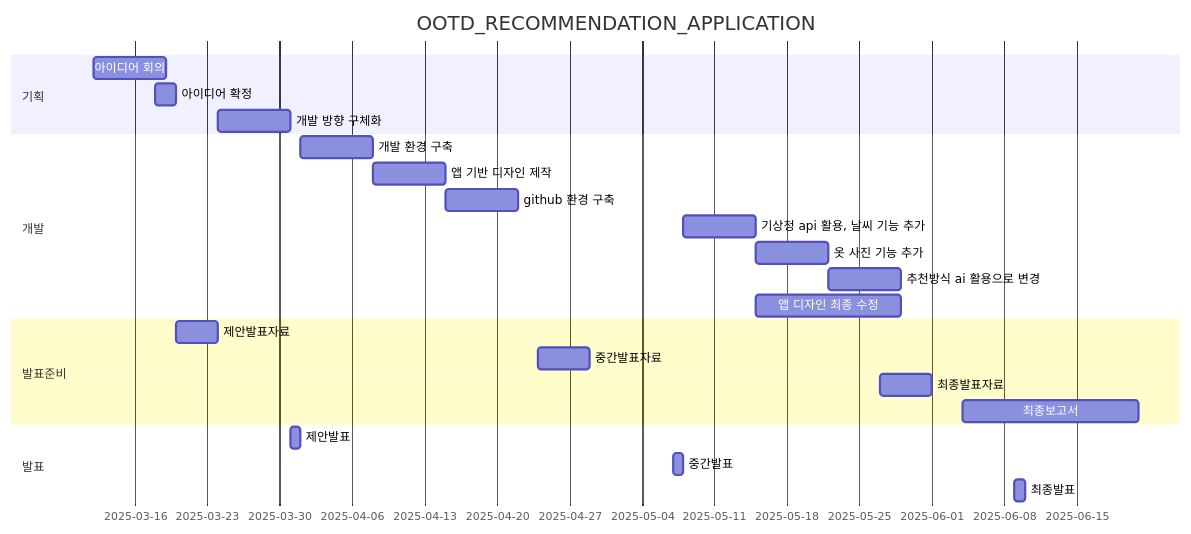
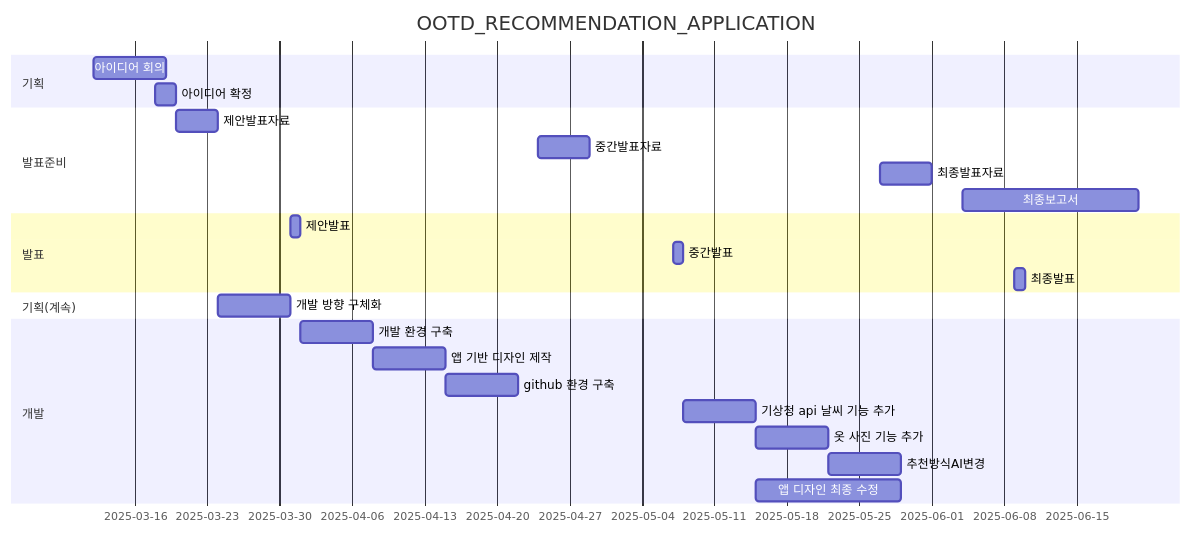
The diagram in project-plan.md (Introduction-to-Engineering-Design-13/LOR), drawn with Mermaid before and after one commit.

````diff
--- a/project-plan.md
+++ b/project-plan.md
@@ -1,33 +1,32 @@
 ```mermaid
 gantt
     title OOTD_RECOMMENDATION_APPLICATION
-
     dateFormat  YYYY-MM-DD
 
     section 기획
-    아이디어 회의      :a1, 2025-03-12, 7d
-    아이디어 확정      :a2, 2025-03-18, 2d
-    개발 방향 구체화    :a3, after d1, 7d
-    
-    section 개발
-    개발 환경 구축        :c1, after e1, 7d
-    앱 기반 디자인 제작    :c2, after c1, 7d
-    github 환경 구축       :c6,after c2,7d
-    기상청 api 활용, 날씨 기능 추가     : c3, after e2, 7d
-    옷 사진 기능 추가      :c5,after c3,7d
-    추천방식 ai 활용으로 변경        :c4 , after c5, 7d
-    앱 디자인 최종 수정     :c7, after c3,14d
-
+    아이디어 회의          :a1, 2025-03-12, 7d
+    아이디어 확정          :a2, 2025-03-18, 2d
 
     section 발표준비
-    제안발표자료        :d1,    after a2,      4d
-    중간발표자료        :d2,    2025-04-24,    5d
-    최종발표자료        :d3,    2025-05-27,    5d
-    최종보고서          :d4,    2025-06-04,    17d
+    제안발표자료           :d1, after a2, 4d
+    중간발표자료           :d2, 2025-04-24, 5d
+    최종발표자료           :d3, 2025-05-27, 5d
+    최종보고서             :d4, 2025-06-04, 17d
 
     section 발표
-    제안발표            :e1,    2025-03-31,    1d 
-    중간발표            :e2,    2025-05-07,    1d
-    최종발표            :e3,    2025-06-09,    1d
+    제안발표               :e1, 2025-03-31, 1d
+    중간발표               :e2, 2025-05-07, 1d
+    최종발표               :e3, 2025-06-09, 1d
 
+    section 기획(계속)
+    개발 방향 구체화       :a3, after d1, 7d
+
+    section 개발
+    개발 환경 구축         :c1, after e1, 7d
+    앱 기반 디자인 제작     :c2, after c1, 7d
+    github 환경 구축        :c6, after c2, 7d
+    기상청 api 날씨 기능 추가 :c3, after e2, 7d
+    옷 사진 기능 추가       :c5, after c3, 7d
+    추천방식AI변경          :c4, after c5, 7d
+    앱 디자인 최종 수정     :c7, after c3, 14d
 ```
````
